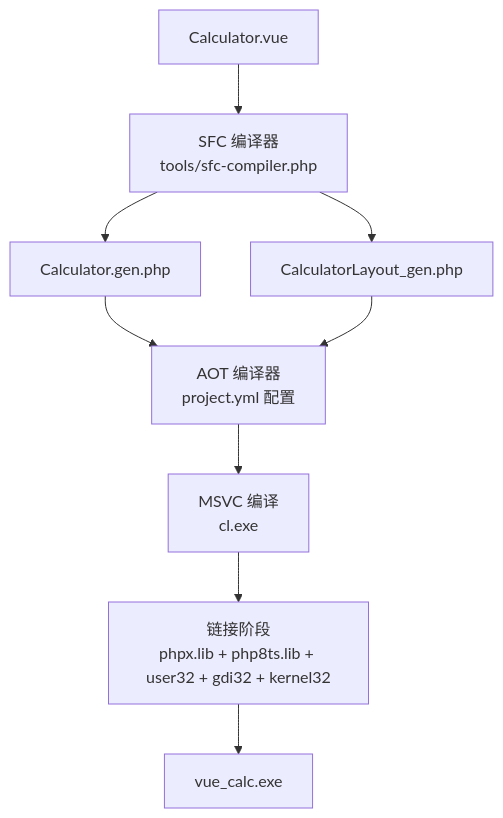
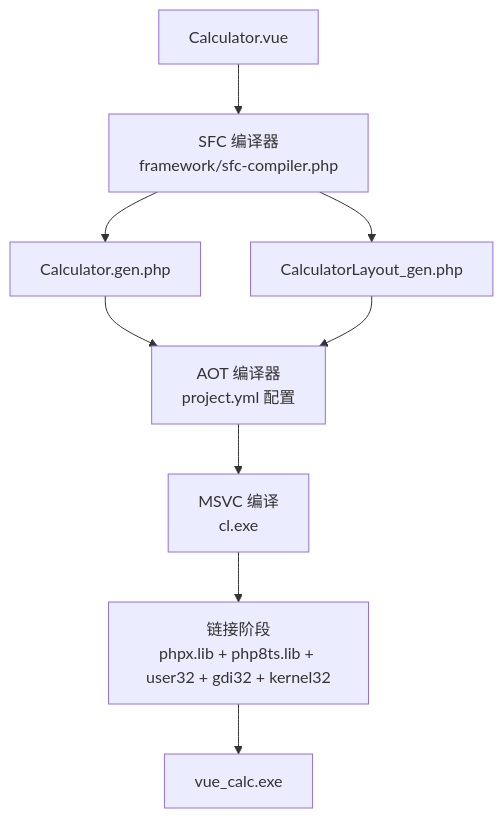
The first of 8 diagrams in .qoder/repowiki/zh/content/构建和部署.md (xingye00186/PHP-Data-UI-Framework-powered-by-swooleAOT), drawn with Mermaid before and after one commit. The commit also changed other lines of this file and 7 other files, not shown here.

````diff
--- a/.qoder/repowiki/zh/content/构建和部署.md
+++ b/.qoder/repowiki/zh/content/构建和部署.md
@@ -38,11 +49,11 @@
 ```mermaid
 graph TB
-A["Calculator.vue"] --> B["SFC 编译器<br/>tools/sfc-compiler.php"]
+A["Calculator.vue"] --> B["SFC 编译器<br/>framework/sfc-compiler.php"]
 B --> C["Calculator.gen.php"]
 B --> D["CalculatorLayout_gen.php"]
 C --> E["AOT 编译器<br/>project.yml 配置"]
 D --> E
 E --> F["MSVC 编译<br/>cl.exe"]
 F --> G["链接阶段<br/>phpx.lib + php8ts.lib + user32 + gdi32 + kernel32"]
 G --> H["vue_calc.exe"]
 ```
````
